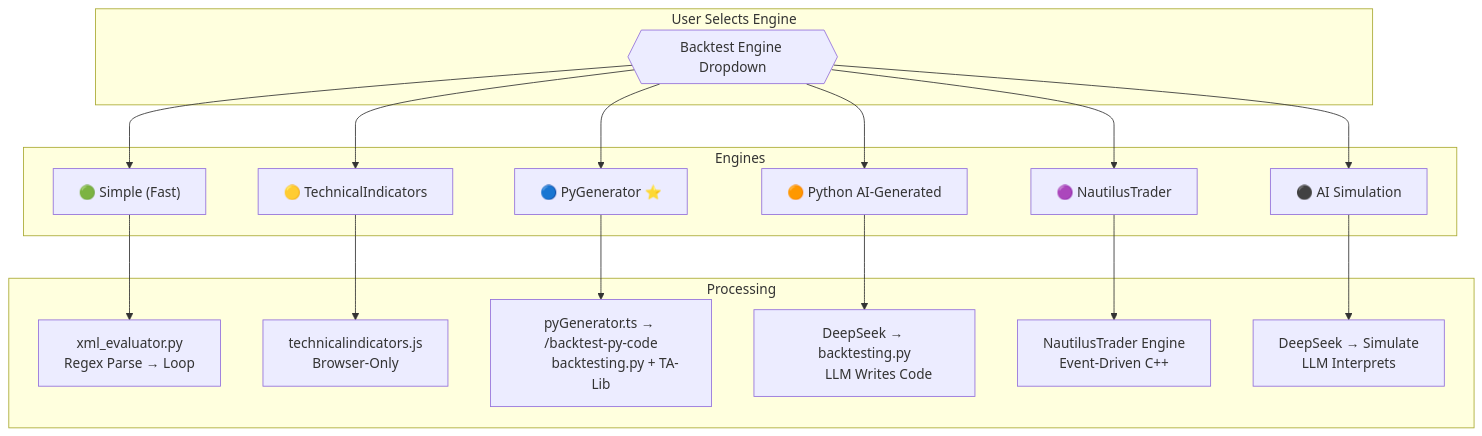
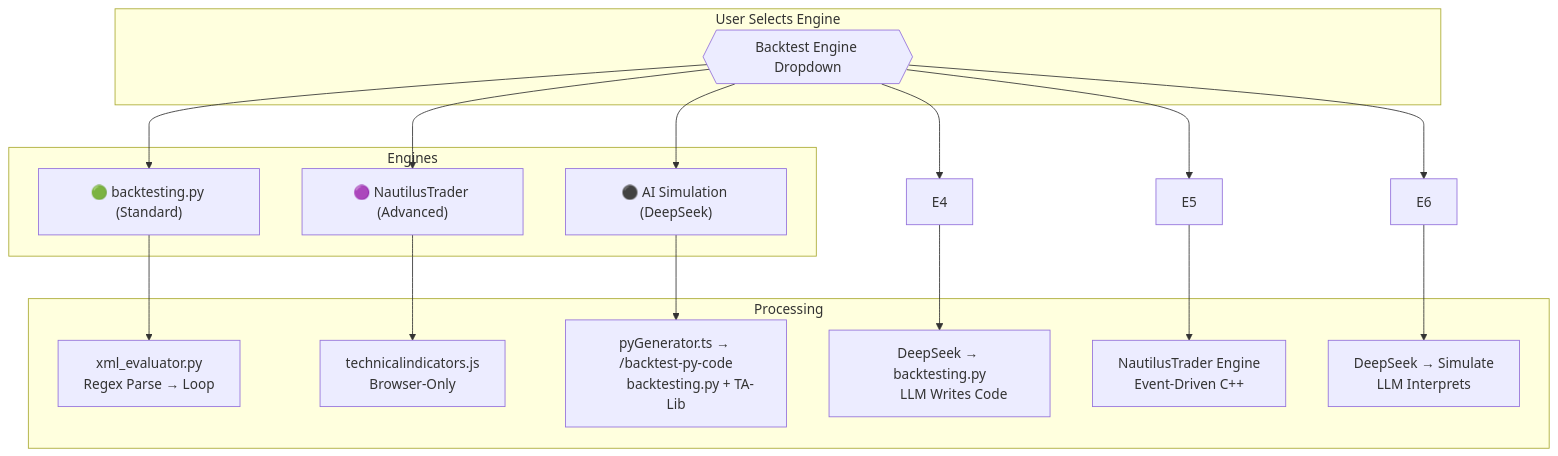
One commit to sinatooor/openqnt changed the fifth of 10 diagrams in PIPELINES.md. Above: the diagram before and after it, drawn with Mermaid. The commit also changed 15 other files, not shown here.

````diff
--- a/PIPELINES.md
+++ b/PIPELINES.md
@@ -140,37 +140,34 @@
 ```mermaid
 flowchart TB
     subgraph UI["User Selects Engine"]
         SEL{{"Backtest Engine Dropdown"}}
     end
     
     subgraph Engines
-        E1["🟢 Simple (Fast)"]
-        E2["🟡 TechnicalIndicators"]
-        E3["🔵 PyGenerator ⭐"]
-        E4["🟠 Python AI-Generated"]
-        E5["🟣 NautilusTrader"]
-        E6["⚫ AI Simulation"]
+        E1["🟢 backtesting.py (Standard)"]
+        E2["🟣 NautilusTrader (Advanced)"]
+        E3["⚫ AI Simulation (DeepSeek)"]
     end
     
     subgraph Processing
         P1["xml_evaluator.py
         Regex Parse → Loop"]
         P2["technicalindicators.js
         Browser-Only"]
         P3["pyGenerator.ts → /backtest-py-code
         backtesting.py + TA-Lib"]
         P4["DeepSeek → backtesting.py
         LLM Writes Code"]
         P5["NautilusTrader Engine
         Event-Driven C++"]
         P6["DeepSeek → Simulate
         LLM Interprets"]
     end
     
     SEL --> E1 --> P1
     SEL --> E2 --> P2
     SEL --> E3 --> P3
     SEL --> E4 --> P4
     SEL --> E5 --> P5
     SEL --> E6 --> P6
 ```
````
